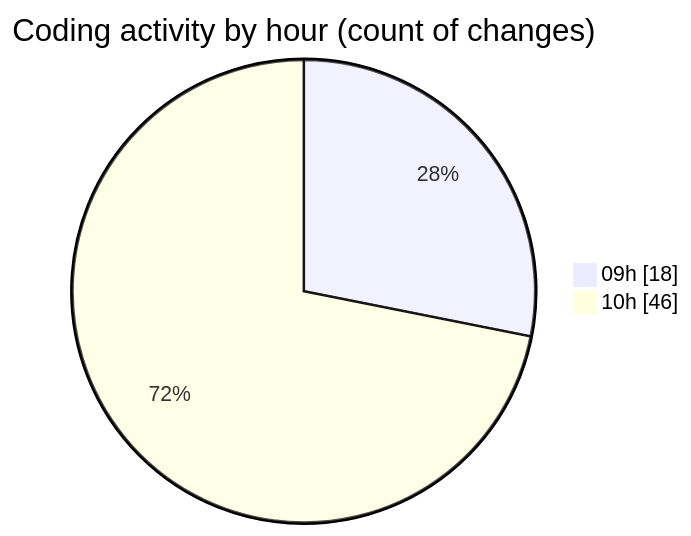
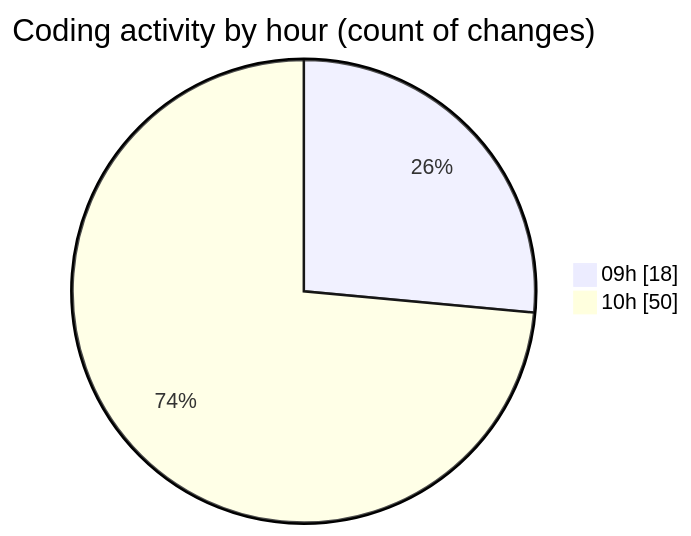
The second of 2 diagrams in 2025-03-21/cda/README.md (momahboobian/code-tracking), drawn with Mermaid before and after one commit. The commit also changed other lines of this file and 1 other file, not shown here.

````diff
--- a/2025-03-21/cda/README.md
+++ b/2025-03-21/cda/README.md
@@ -34,6 +35,6 @@
 ```mermaid
 pie showData
 title Coding activity by hour (count of changes)
 "09h" : 18
-"10h" : 46
+"10h" : 50
 ```
````
